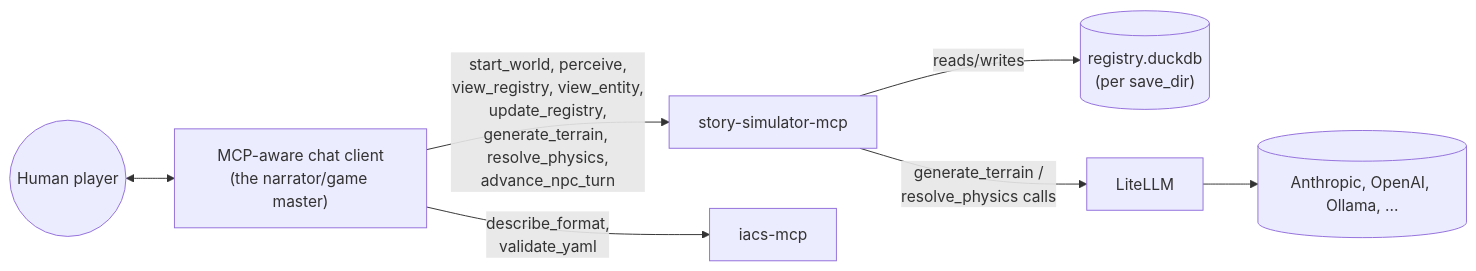
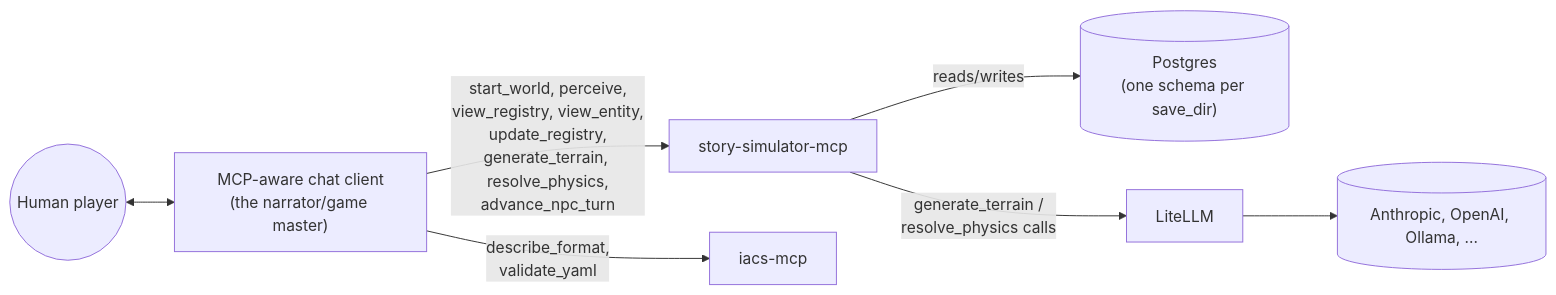
One commit to zhafen/story-simulator changed the first of 2 diagrams in docs/architecture.md. Above: the diagram before and after it, drawn with Mermaid. The commit also changed 8 other files, not shown here.

````diff
--- a/docs/architecture.md
+++ b/docs/architecture.md
@@ -12,9 +12,9 @@
 ```mermaid
 flowchart LR
     Human(("Human player")) <--> Client["MCP-aware chat client<br/>(the narrator/game master)"]
     Client -- "start_world, perceive,<br/>view_registry, view_entity,<br/>update_registry,<br/>generate_terrain, resolve_physics,<br/>advance_npc_turn" --> Server["story-simulator-mcp"]
     Client -- "describe_format,<br/>validate_yaml" --> Iacs["iacs-mcp"]
-    Server -- "reads/writes" --> DB[("registry.duckdb<br/>(per save_dir)")]
+    Server -- "reads/writes" --> DB[("Postgres<br/>(one schema per save_dir)")]
     Server -- "generate_terrain /<br/>resolve_physics calls" --> LiteLLM
     LiteLLM --> Provider[("Anthropic, OpenAI, Ollama, ...")]
 ```
````
